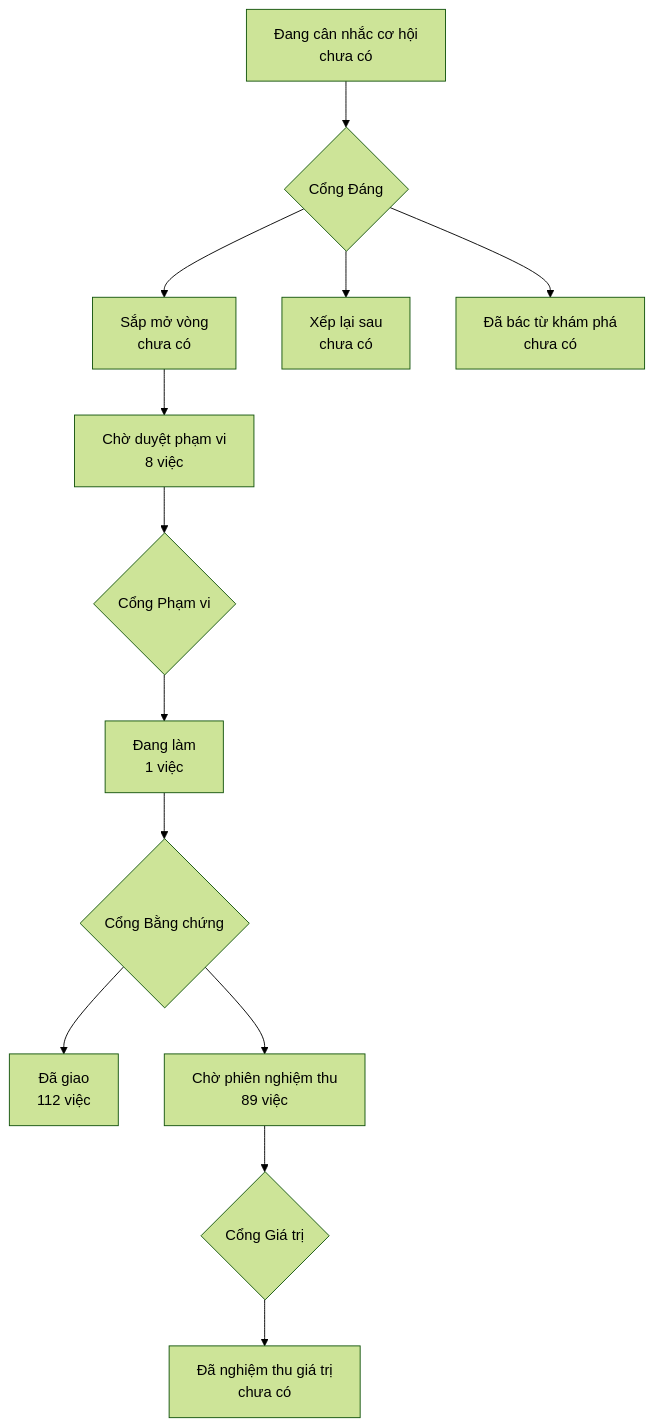
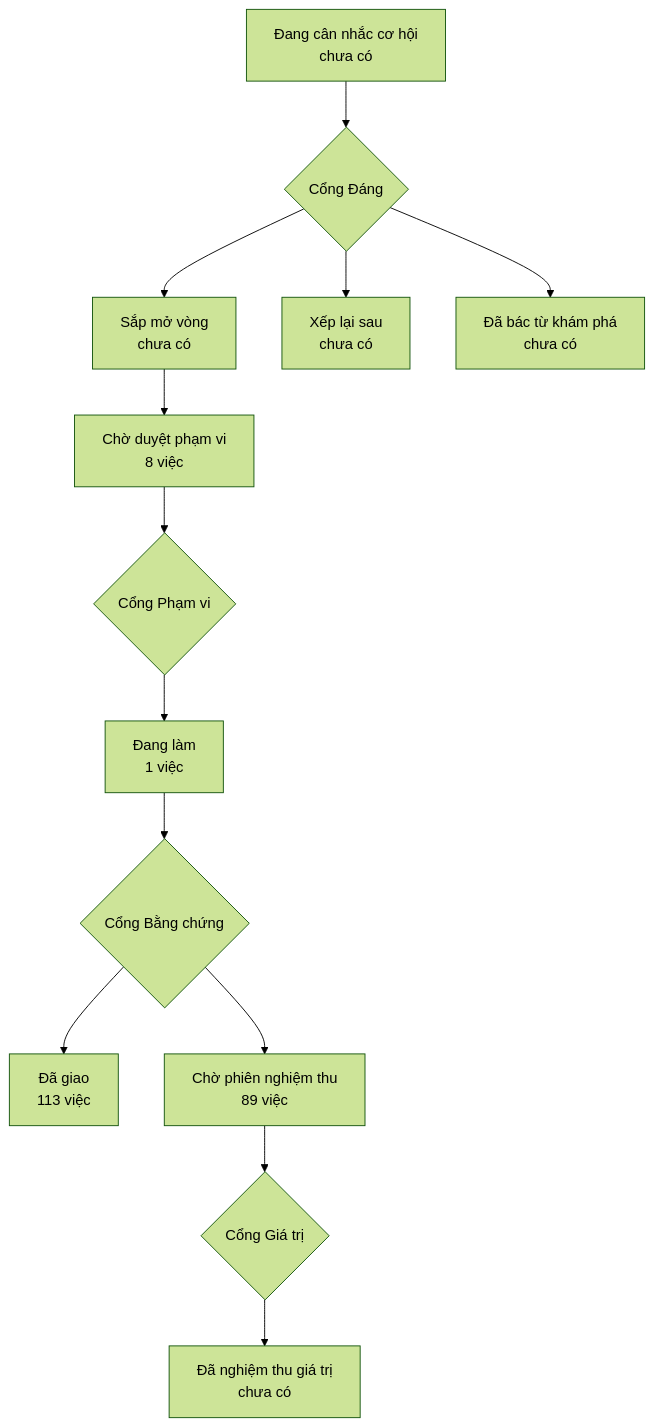
Before and after one commit to phanlemanh/onehub-invest: the diagram in PRODUCT-MAP.md, drawn with Mermaid (forest theme). The commit also changed other lines of this file and 1 other file, not shown here.

Commit message:
chore(map): vẽ lại bản đồ sau gộp main a86804f7

````diff
--- a/PRODUCT-MAP.md
+++ b/PRODUCT-MAP.md
@@ -7,12 +7,12 @@
 ```mermaid
 flowchart TD
   A["Đang cân nhắc cơ hội<br/>chưa có"] --> GD{"Cổng Đáng"}
   GD --> B["Sắp mở vòng<br/>chưa có"]
   GD --> XL["Xếp lại sau<br/>chưa có"]
   GD --> DB["Đã bác từ khám phá<br/>chưa có"]
   B --> CD["Chờ duyệt phạm vi<br/>8 việc"] --> GP{"Cổng Phạm vi"}
   GP --> DL["Đang làm<br/>1 việc"] --> GB{"Cổng Bằng chứng"}
-  GB --> DG["Đã giao<br/>112 việc"]
+  GB --> DG["Đã giao<br/>113 việc"]
   GB --> CN["Chờ phiên nghiệm thu<br/>89 việc"] --> GG{"Cổng Giá trị"}
   GG --> NT["Đã nghiệm thu giá trị<br/>chưa có"]
 ```
````
